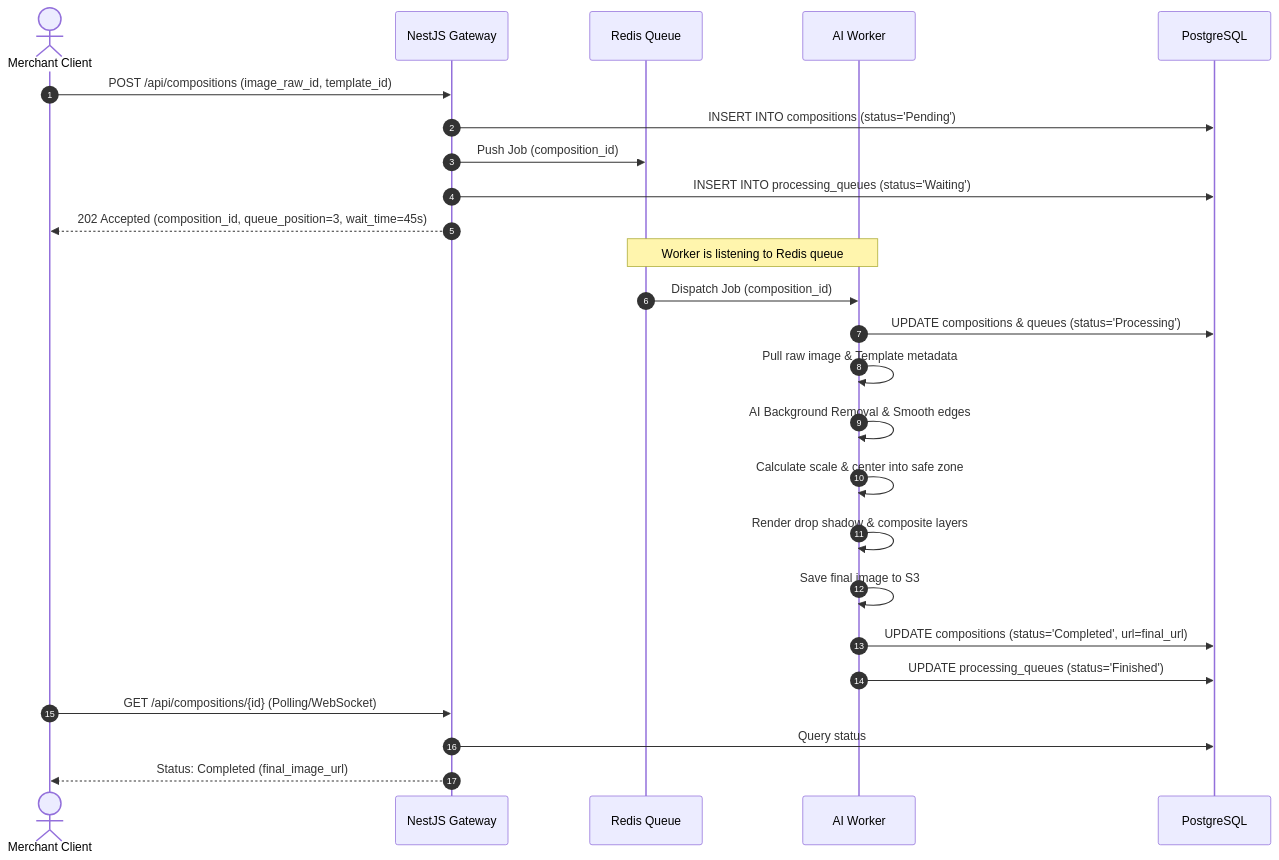
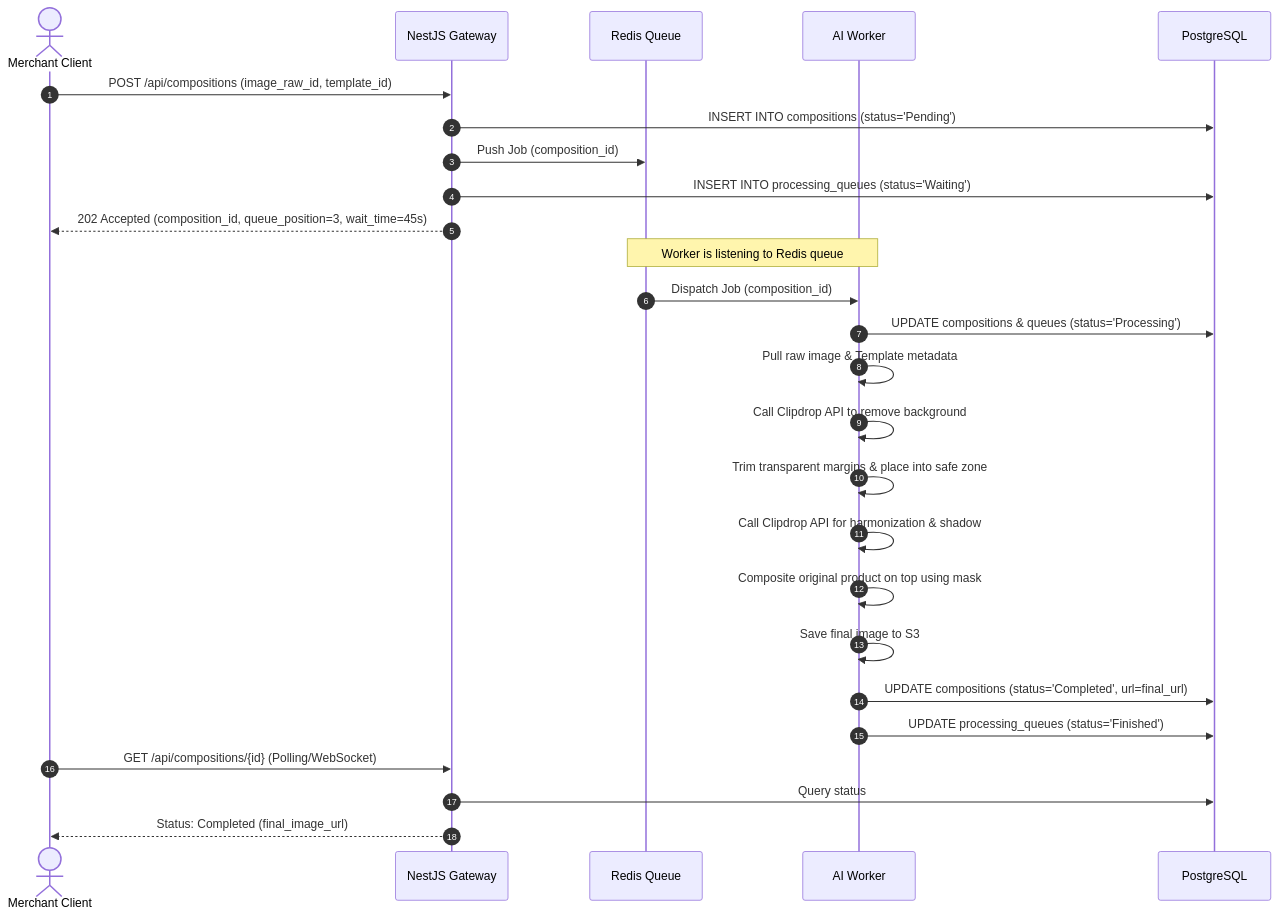
One commit to neokingstonvn/docs-3tnsolution changed the diagram in project/aurastudio/mvp/plan-detailed/README.md. Above: the diagram before and after it, drawn with Mermaid. The commit also changed other lines of this file and 9 other files, not shown here.

````diff
--- a/project/aurastudio/mvp/plan-detailed/README.md
+++ b/project/aurastudio/mvp/plan-detailed/README.md
@@ -24,30 +24,31 @@
 ```mermaid
 sequenceDiagram
     autonumber
     actor Merchant as Merchant Client
     participant API as NestJS Gateway
     participant Queue as Redis Queue
     participant Worker as AI Worker
     participant DB as PostgreSQL
 
     Merchant->>API: POST /api/compositions (image_raw_id, template_id)
     API->>DB: INSERT INTO compositions (status='Pending')
     API->>Queue: Push Job (composition_id)
     API->>DB: INSERT INTO processing_queues (status='Waiting')
     API-->>Merchant: 202 Accepted (composition_id, queue_position=3, wait_time=45s)
     
     Note over Worker, Queue: Worker is listening to Redis queue
     Queue->>Worker: Dispatch Job (composition_id)
     Worker->>DB: UPDATE compositions & queues (status='Processing')
     Worker->>Worker: Pull raw image & Template metadata
-    Worker->>Worker: AI Background Removal & Smooth edges
-    Worker->>Worker: Calculate scale & center into safe zone
-    Worker->>Worker: Render drop shadow & composite layers
+    Worker->>Worker: Call Clipdrop API to remove background
+    Worker->>Worker: Trim transparent margins & place into safe zone
+    Worker->>Worker: Call Clipdrop API for harmonization & shadow
+    Worker->>Worker: Composite original product on top using mask
     Worker->>Worker: Save final image to S3
     Worker->>DB: UPDATE compositions (status='Completed', url=final_url)
     Worker->>DB: UPDATE processing_queues (status='Finished')
     
     Merchant->>API: GET /api/compositions/{id} (Polling/WebSocket)
     API->>DB: Query status
     API-->>Merchant: Status: Completed (final_image_url)
 ```
````
